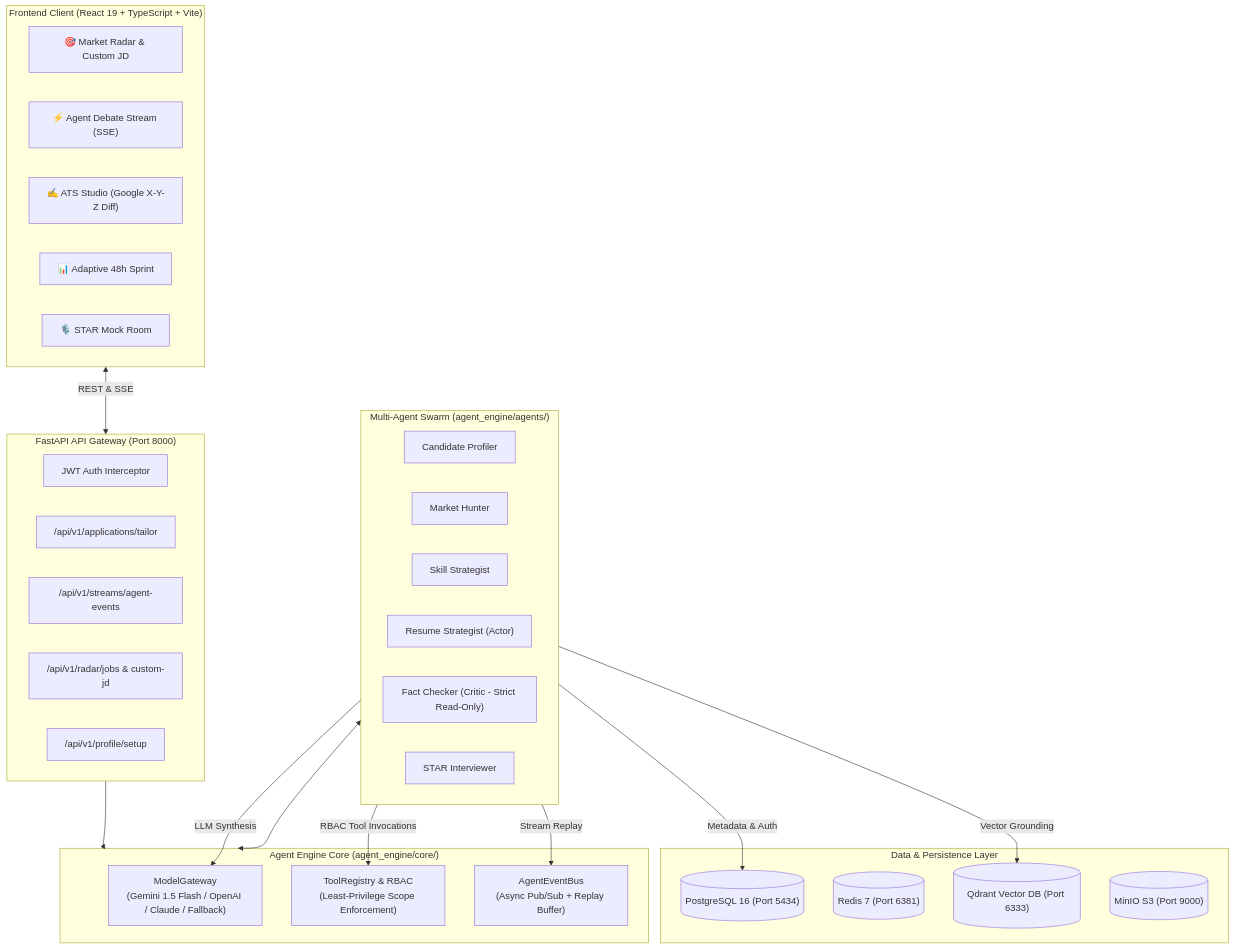
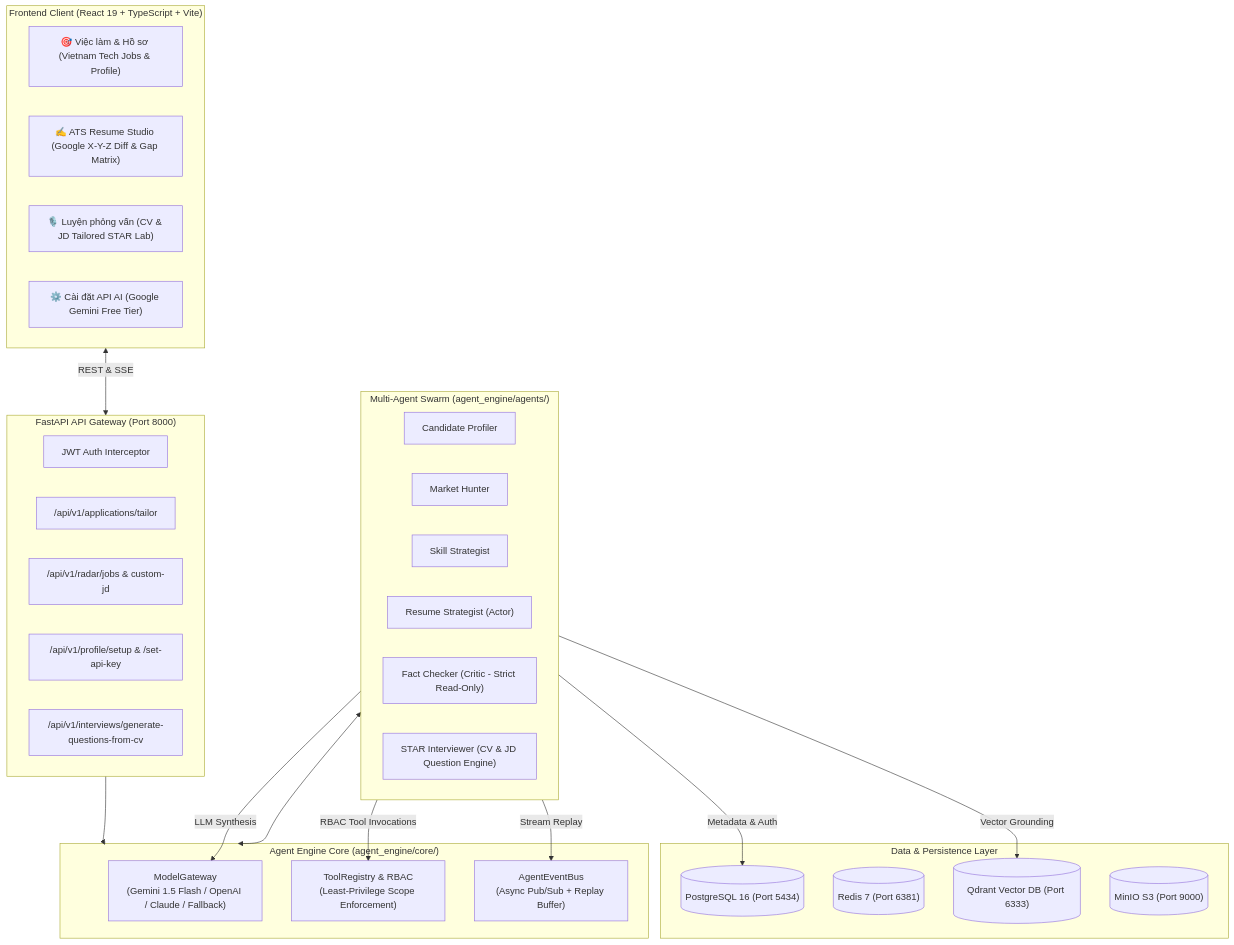
The diagram in README.md (MinhTran110/career-forge), drawn with Mermaid before and after one commit. The commit also changed other lines of this file and 15 other files, not shown here.

Commit message:
feat: Vietnamese tech jobs, CV/JD interview studio, clean UI & free API settings

````diff
--- a/README.md
+++ b/README.md
@@ -30,49 +30,48 @@
 ```mermaid
 flowchart TD
     subgraph Client["Frontend Client (React 19 + TypeScript + Vite)"]
-        UI_Radar["🎯 Market Radar & Custom JD"]
-        UI_Stream["⚡ Agent Debate Stream (SSE)"]
-        UI_Editor["✍️ ATS Studio (Google X-Y-Z Diff)"]
-        UI_Sprint["📊 Adaptive 48h Sprint"]
-        UI_Interview["🎙️ STAR Mock Room"]
+        UI_Radar["🎯 Việc làm & Hồ sơ (Vietnam Tech Jobs & Profile)"]
+        UI_Editor["✍️ ATS Resume Studio (Google X-Y-Z Diff & Gap Matrix)"]
+        UI_Interview["🎙️ Luyện phỏng vấn (CV & JD Tailored STAR Lab)"]
+        UI_ApiKey["⚙️ Cài đặt API AI (Google Gemini Free Tier)"]
     end
 
     subgraph Gateway["FastAPI API Gateway (Port 8000)"]
         Auth["JWT Auth Interceptor"]
         AppEndpoints["/api/v1/applications/tailor"]
-        StreamEndpoints["/api/v1/streams/agent-events"]
         RadarEndpoints["/api/v1/radar/jobs & custom-jd"]
-        ProfileEndpoints["/api/v1/profile/setup"]
+        ProfileEndpoints["/api/v1/profile/setup & /set-api-key"]
+        InterviewEndpoints["/api/v1/interviews/generate-questions-from-cv"]
     end
 
     subgraph CoreEngine["Agent Engine Core (agent_engine/core/)"]
         ModelGW["ModelGateway<br/>(Gemini 1.5 Flash / OpenAI / Claude / Fallback)"]
         ToolReg["ToolRegistry & RBAC<br/>(Least-Privilege Scope Enforcement)"]
         EventBus["AgentEventBus<br/>(Async Pub/Sub + Replay Buffer)"]
     end
 
     subgraph Swarm["Multi-Agent Swarm (agent_engine/agents/)"]
         CP["Candidate Profiler"]
         MH["Market Hunter"]
         SS["Skill Strategist"]
         RS["Resume Strategist (Actor)"]
         FC["Fact Checker (Critic - Strict Read-Only)"]
-        SI["STAR Interviewer"]
+        SI["STAR Interviewer (CV & JD Question Engine)"]
     end
 
     subgraph DataStore["Data & Persistence Layer"]
         PG[("PostgreSQL 16 (Port 5434)")]
         Redis[("Redis 7 (Port 6381)")]
         Qdrant[("Qdrant Vector DB (Port 6333)")]
         MinIO[("MinIO S3 (Port 9000)")]
     end
 
     Client <-->|REST & SSE| Gateway
     Gateway --> CoreEngine
     CoreEngine <--> Swarm
     Swarm -->|Vector Grounding| Qdrant
     Swarm -->|Metadata & Auth| PG
     Swarm -->|Stream Replay| EventBus
     Swarm -->|LLM Synthesis| ModelGW
     Swarm -->|RBAC Tool Invocations| ToolReg
 ```
````
